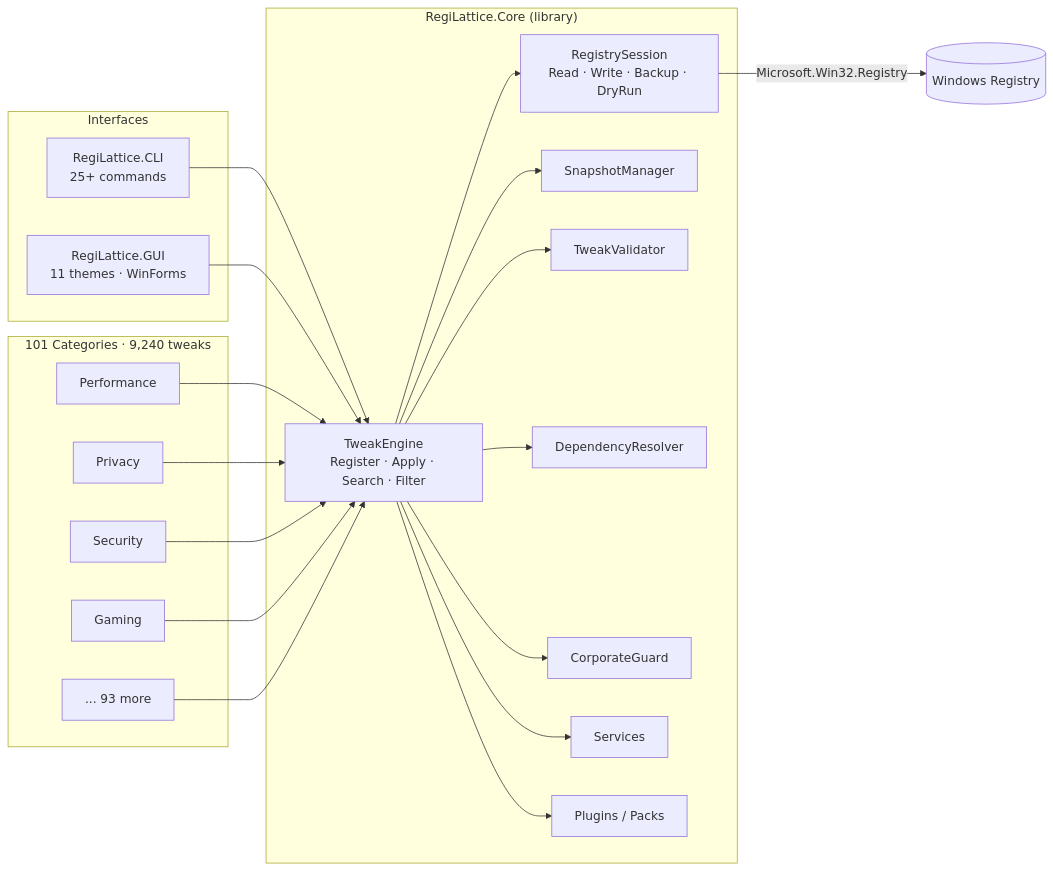
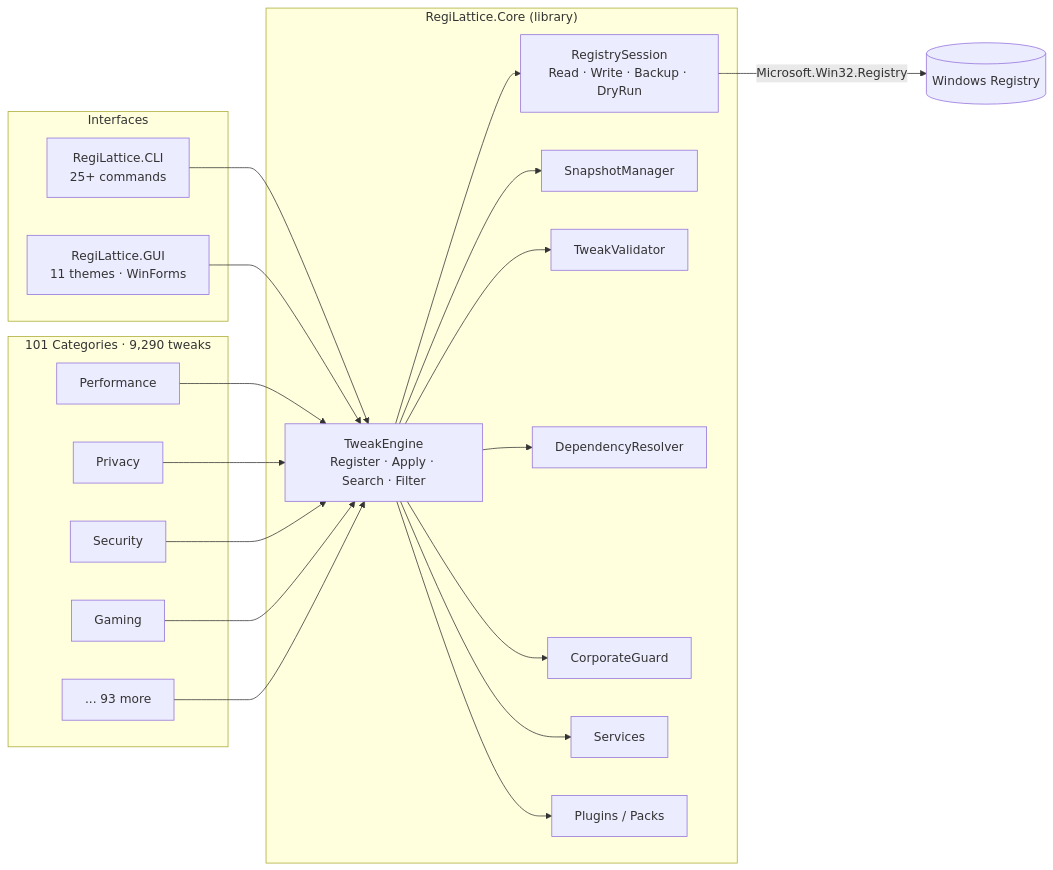
Before and after one commit to RajwanYair/RegiLattice: the first of 2 diagrams in README.md, drawn with Mermaid. The commit also changed other lines of this file and 16 other files, not shown here.

````diff
--- a/README.md
+++ b/README.md
@@ -88,38 +88,38 @@
 ```mermaid
 graph LR
     subgraph Interfaces
         CLI[RegiLattice.CLI<br/>25+ commands]
         GUI[RegiLattice.GUI<br/>11 themes · WinForms]
     end
 
     subgraph Core["RegiLattice.Core (library)"]
         TE[TweakEngine<br/>Register · Apply · Search · Filter]
         RS[RegistrySession<br/>Read · Write · Backup · DryRun]
         SM[SnapshotManager]
         TV[TweakValidator]
         DR[DependencyResolver]
         CG[CorporateGuard]
         SV[Services]
         PM[Plugins / Packs]
     end
 
-    subgraph Tweaks["101 Categories · 9,240 tweaks"]
+    subgraph Tweaks["101 Categories · 9,290 tweaks"]
         T1[Performance]
         T2[Privacy]
         T3[Security]
         T4[Gaming]
         TN[... 93 more]
     end
 
     CLI --> TE
     GUI --> TE
     TE --> RS
     TE --> SM
     TE --> TV
     TE --> DR
     TE --> CG
     TE --> SV
     TE --> PM
     T1 & T2 & T3 & T4 & TN --> TE
     RS -->|Microsoft.Win32.Registry| WR[(Windows Registry)]
 ```
````
